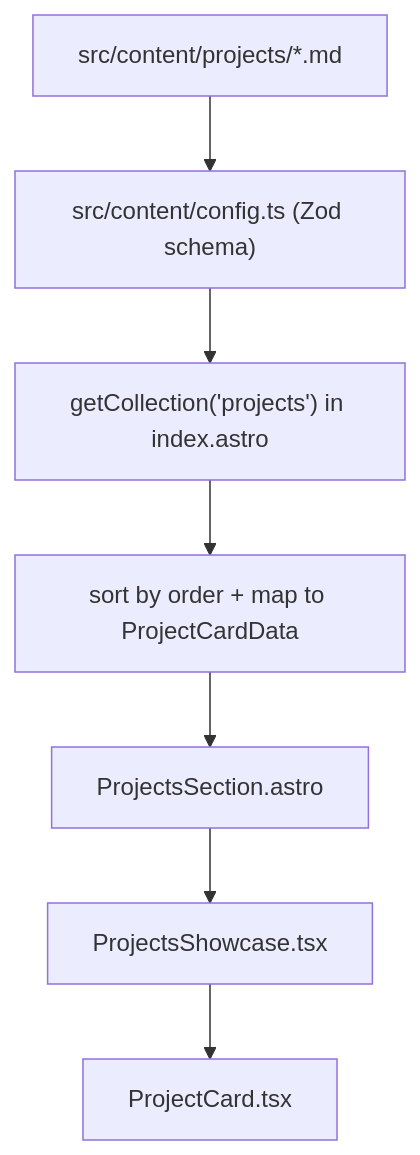
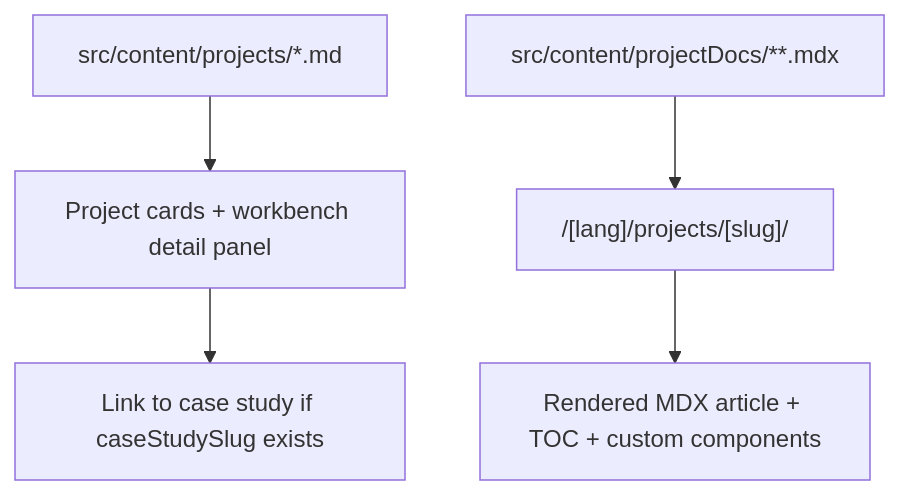
The third of 3 diagrams in README.md (CrioNIK/Web-resume), drawn with Mermaid before and after one commit. The commit also changed other lines of this file and 127 other files, not shown here.

````diff
--- a/README.md
+++ b/README.md
@@ -69,9 +80,7 @@
 ```mermaid
 flowchart TD
-  M["src/content/projects/*.md"] --> Z["src/content/config.ts (Zod schema)"]
-  Z --> G["getCollection('projects') in index.astro"]
-  G --> S["sort by order + map to ProjectCardData"]
-  S --> P["ProjectsSection.astro"]
-  P --> R["ProjectsShowcase.tsx"]
-  R --> C["ProjectCard.tsx"]
+  A["src/content/projects/*.md"] --> B["Project cards + workbench detail panel"]
+  C["src/content/projectDocs/**.mdx"] --> D["/[lang]/projects/[slug]/"]
+  D --> E["Rendered MDX article + TOC + custom components"]
+  B --> F["Link to case study if caseStudySlug exists"]
 ```
````
